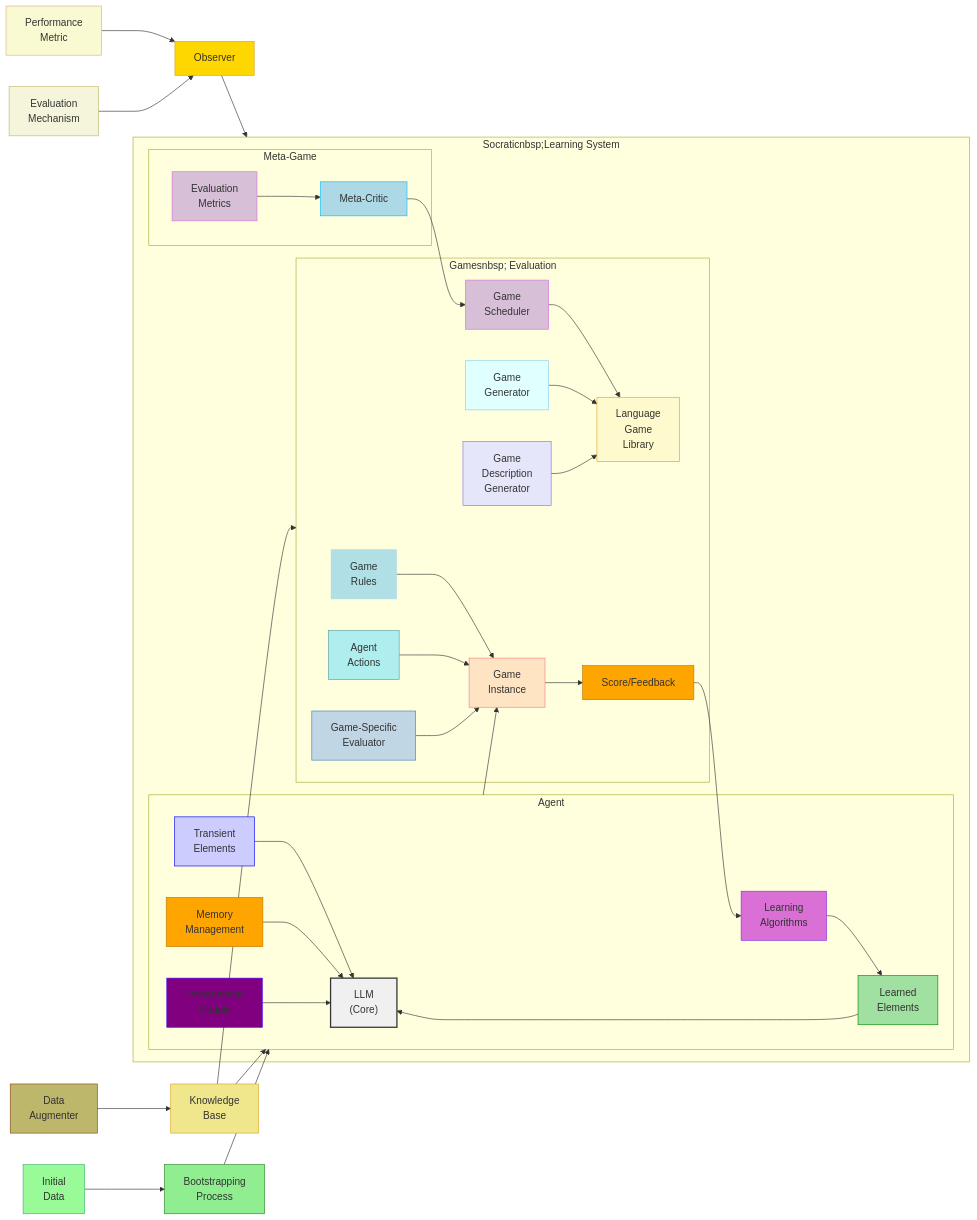
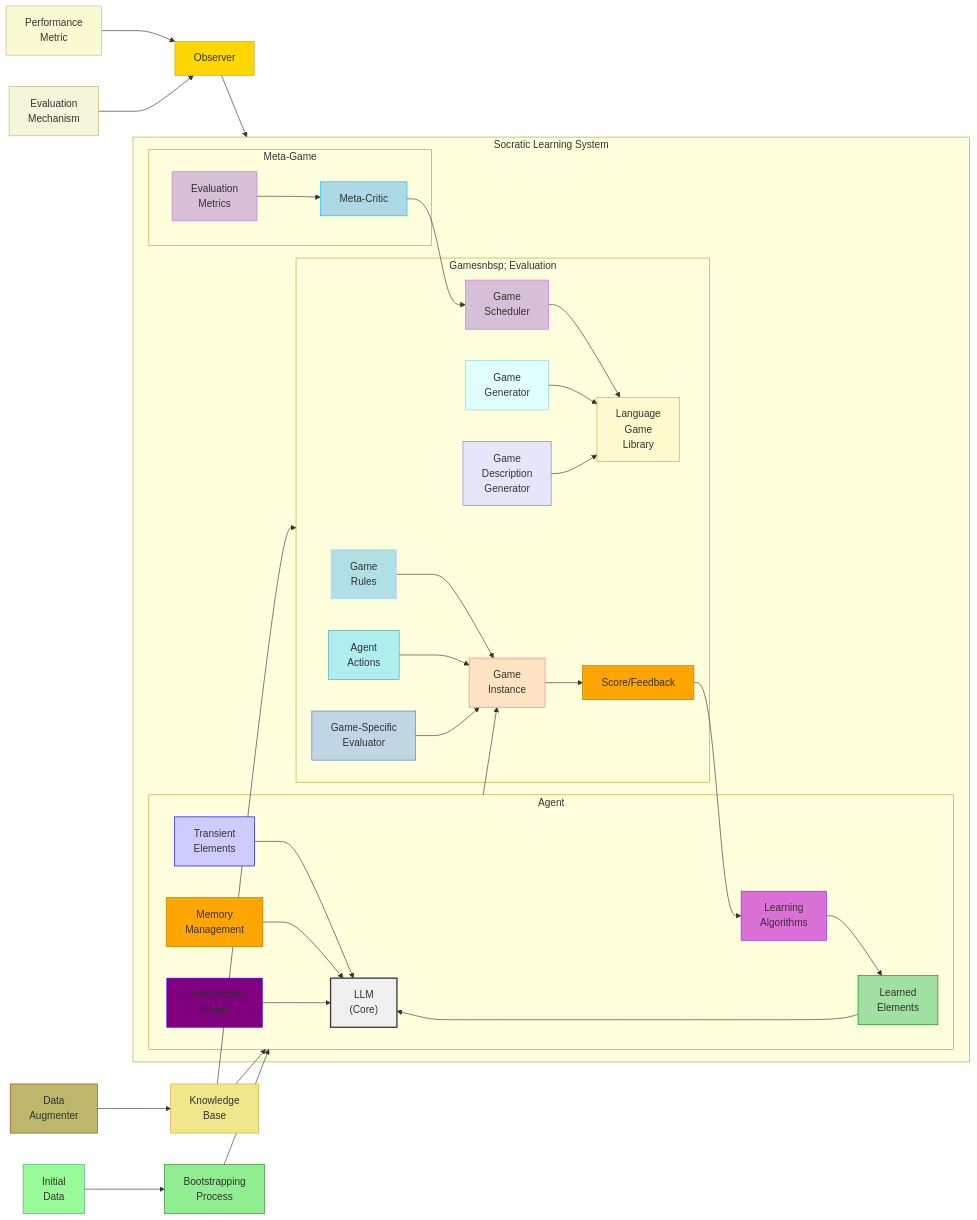
One commit to nshkrdotcom/diagram_experiments changed the diagram in software_dev/17-socratic-overview-2.mermaid. Above: the diagram before and after it, drawn with Mermaid.

```diff
--- a/software_dev/17-socratic-overview-2.mermaid
+++ b/software_dev/17-socratic-overview-2.mermaid
@@ -1,69 +1,69 @@
 graph LR
-    subgraph SocraticLearning["Socraticnbsp;Learning&nbsp;System"]
+    subgraph SocraticLearning["Socratic&nbsp;Learning&nbsp;System"]
 
         subgraph Agent["Agent"]
             LLM["LLM<br>(Core)"]
             LearnedElements["Learned<br>Elements"] --> LLM
             TransientElements["Transient<br>Elements"] --> LLM
             Memory["Memory<br>Management"] --> LLM
             Introspection["Introspection<br>Module"] --> LLM
             LearningAlgorithms["Learning<br>Algorithms"] --> LearnedElements
             style LLM fill:#f0f0f0,stroke:#333,stroke-width:2px
             style LearnedElements fill:#a0e0a0,stroke:#080
             style TransientElements fill:#ccf,stroke:#00f
             style Memory fill:#ffa500,stroke:#b70
             style Introspection fill:#800080,stroke:#40f
             style LearningAlgorithms fill:#da70d6,stroke:#8a2be2
         end
 
         subgraph GamesAndEvaluation["Gamesnbsp;&nbsp;Evaluation"]
             GameLibrary["Language<br>Game<br>Library"]
             GameScheduler["Game<br>Scheduler"] --> GameLibrary
             GameGenerator["Game<br>Generator"] --> GameLibrary
             GameDescriptions["Game<br>Description<br>Generator"] --> GameLibrary
             
             GameInstance["Game<br>Instance"]
             GameRules["Game<br>Rules"] --> GameInstance
             AgentActions["Agent<br>Actions"] --> GameInstance
             Evaluator["Game-Specific<br>Evaluator"] --> GameInstance
             Score["Score/Feedback"] --> LearningAlgorithms
             
             style GameLibrary fill:#fffacd,stroke:#daa520
             style GameScheduler fill:#d8bfd8,stroke:#da70d6
             style GameGenerator fill:#e0ffff,stroke:#87ceeb
             style GameDescriptions fill:#e6e6fa,stroke:#9370db
             style GameInstance fill:#ffe4c4,stroke:#f08080
             style GameRules fill:#b0e0e6,stroke:#add8e6
             style AgentActions fill:#afeeee,stroke:#5f9ea0
             style Evaluator fill:#c0d6e4,stroke:#4682b4
             style Score fill:#ffa500,stroke:#b70
         end
 
         subgraph Meta["Meta#8209;Game"]
             MetaCritic["Meta-Critic"] --> GameScheduler
             EvaluationMetrics["Evaluation<br>Metrics"] --> MetaCritic
             style MetaCritic fill:#add8e6,stroke:#00bfff
             style EvaluationMetrics fill:#d8bfd8,stroke:#da70d6
         end
 
         Agent --> GameInstance
         GameInstance --> Score
         
 
     end
 
     Observer["Observer"]
     Performance["Performance<br>Metric"] --> Observer
     EvaluationMechanism["Evaluation<br>Mechanism"] --> Observer --> SocraticLearning
     style Observer fill:#FFD700,stroke:#DAA520
     style Performance fill:#FAFAD2,stroke:#D2B48C
     style EvaluationMechanism fill:#f5f5dc,stroke:#bdb76b
 
     Bootstrapping["Bootstrapping<br>Process"] --> Agent
     InitialData["Initial<br>Data"] --> Bootstrapping
     KnowledgeBase["Knowledge<br>Base"] --> Agent
     DataAugmenter["Data<br>Augmenter"] --> KnowledgeBase ----> GamesAndEvaluation
      style Bootstrapping fill:#90ee90,stroke:#228b22
      style InitialData fill:#98fb98,stroke:#3cb371
      style KnowledgeBase fill:#f0e68c,stroke:#daa520
      style DataAugmenter fill:#bdb76b,stroke:#8b4513
```
